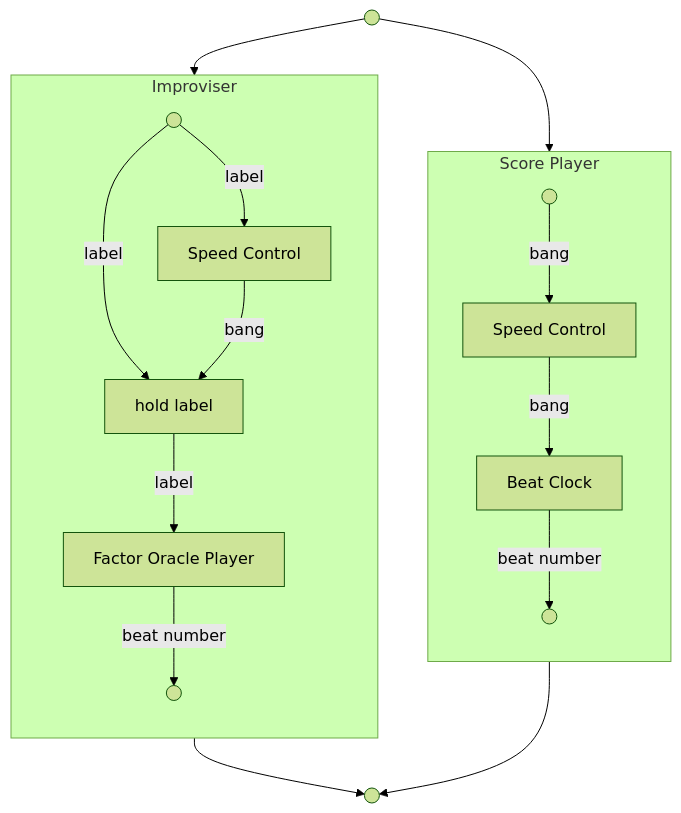
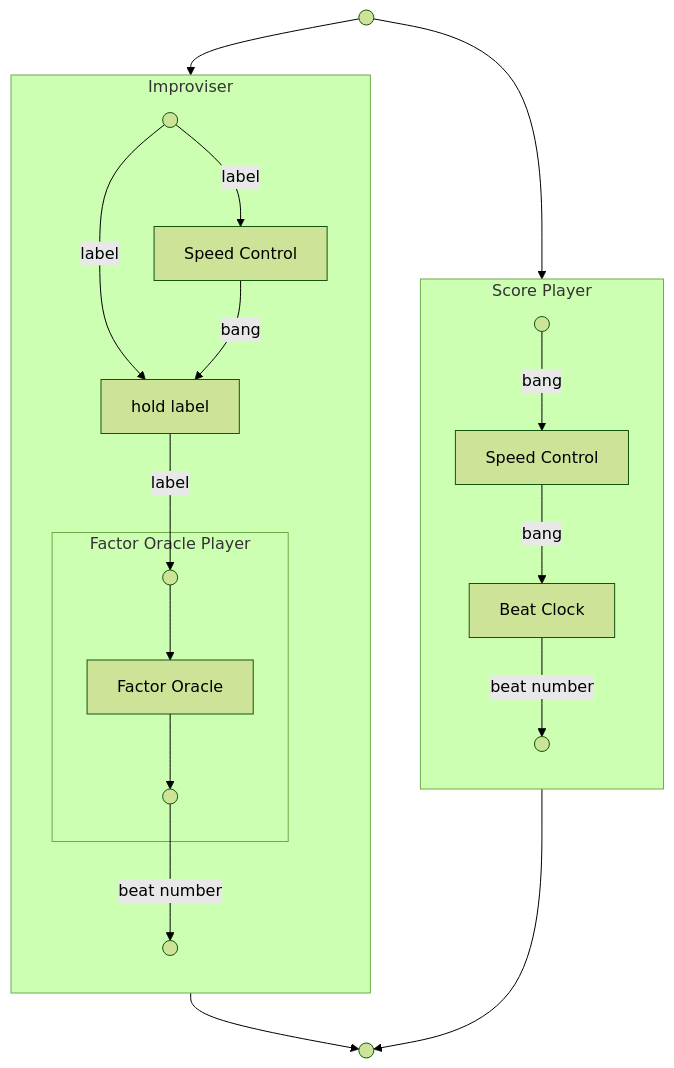
The second of 2 diagrams in content/3_API/5_improvisation/1_generator_components/_index.md (repmus-docs/DjazzDocs), drawn with Mermaid (forest theme) before and after one commit. The commit also changed other lines of this file, not shown here.

Commit message:
add mermaid to api 3_architecture 1_generator_components

```diff
--- a/content/3_API/5_improvisation/1_generator_components/_index.md
+++ b/content/3_API/5_improvisation/1_generator_components/_index.md
@@ -8,34 +35,42 @@
 {{<mermaid align="left">}}
 flowchart TB;
 
 in(( ))
 out(( ))
 
 subgraph SP[Score Player];
 direction TB
     in1(( ))
     speed1[Speed Control]
     bc[Beat Clock]
     out1(( ))
     in1 -->|bang| speed1 -->|bang| bc -->|beat number| out1
 end
 
 
 subgraph I[Improviser];
 direction TB
     in2(( ))
     speed2[Speed Control]
     label[hold label]
-    FOP[Factor Oracle Player]
+
+    subgraph FOP[Factor Oracle Player]
+    in3(( ))
+    out3(( ))
+    FO[Factor Oracle]
+    in3 --> FO --> out3
+    end
+
     out2(( ))
     in2 --> |label |label
-    in2 -->|label| speed2 -->|bang| label -->|label| FOP -->|beat number| out2
+    in2 -->|label| speed2 -->|bang| label -->|label| in3 
+    out3 -->|beat number| out2
 end
 
 in-->in1
 in-->in2
 out1-->out
 out2-->out
 
 
 {{< /mermaid >}}
```
